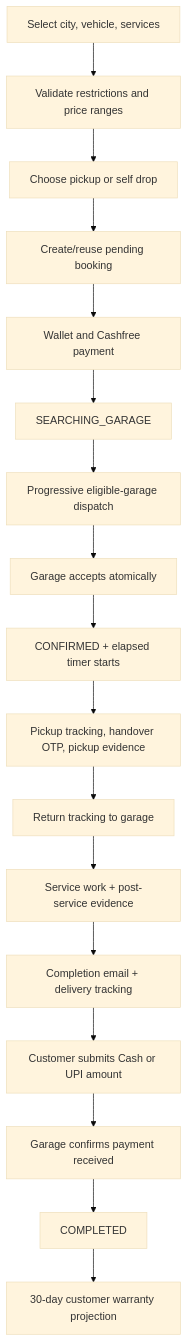
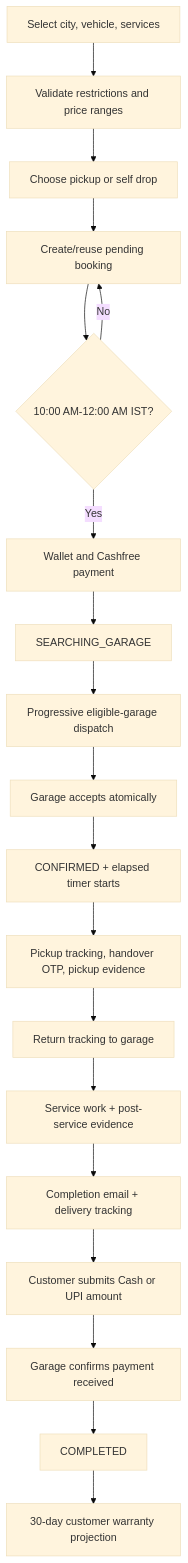
One commit to Aayush20253534/Garage-startup changed the second of 2 diagrams in important docs/Architecture.md. Above: the diagram before and after it, drawn with Mermaid (base theme). The commit also changed other lines of this file and 26 other files, not shown here.

````diff
--- a/important docs/Architecture.md
+++ b/important docs/Architecture.md
@@ -96,19 +110,21 @@
 ```mermaid
 flowchart TD
     A[Select city, vehicle, services] --> B[Validate restrictions and price ranges]
     B --> C[Choose pickup or self drop]
     C --> D[Create/reuse pending booking]
-    D --> E[Wallet and Cashfree payment]
+    D --> T{10:00 AM-12:00 AM IST?}
+    T -->|No| D
+    T -->|Yes| E[Wallet and Cashfree payment]
     E --> F[SEARCHING_GARAGE]
     F --> G[Progressive eligible-garage dispatch]
     G --> H[Garage accepts atomically]
     H --> I[CONFIRMED + elapsed timer starts]
     I --> J[Pickup tracking, handover OTP, pickup evidence]
     J --> K[Return tracking to garage]
     K --> L[Service work + post-service evidence]
     L --> M[Completion email + delivery tracking]
     M --> N[Customer submits Cash or UPI amount]
     N --> O[Garage confirms payment received]
     O --> P[COMPLETED]
     P --> Q[30-day customer warranty projection]
 ```
````
